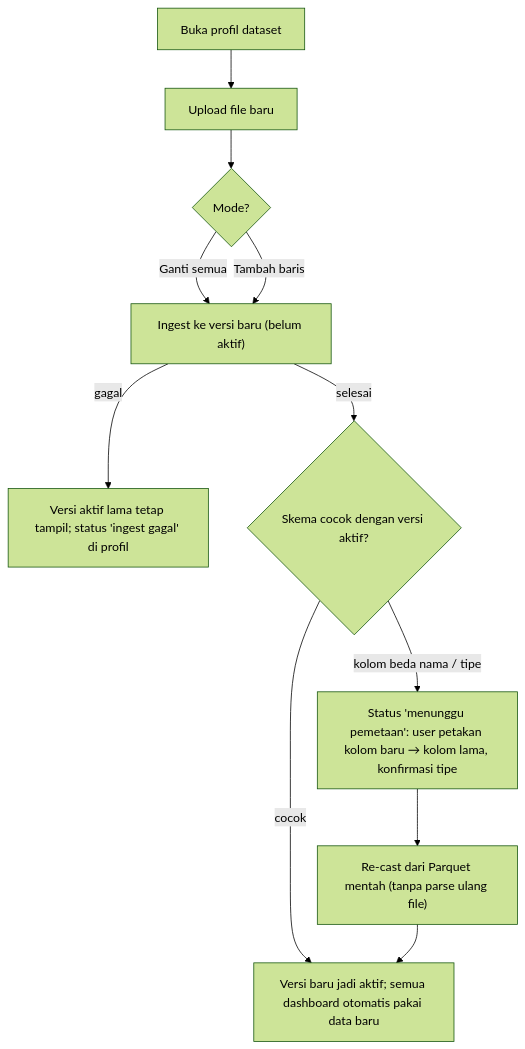
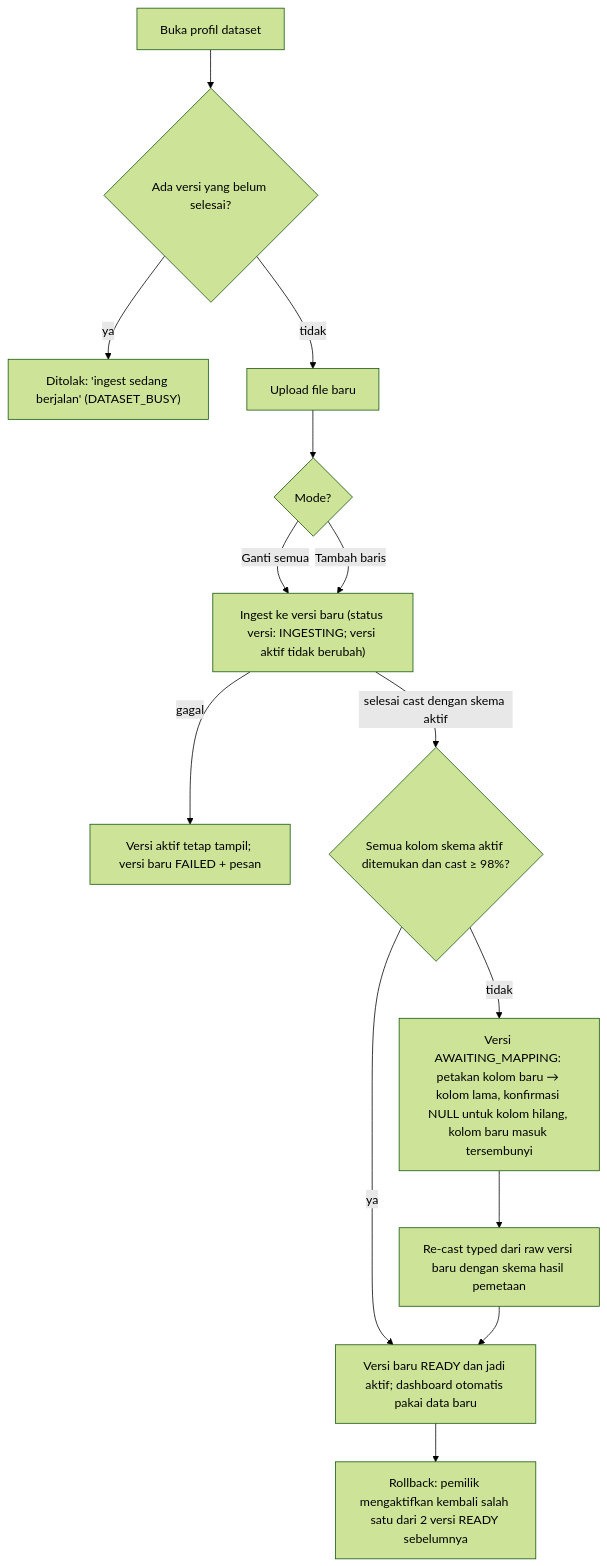
One commit to anas-fikri/data-dashboard changed the fourth of 9 diagrams in docs/flow-kerja.md. Above: the diagram before and after it, drawn with Mermaid (forest theme). The commit also changed other lines of this file and 53 other files, not shown here.

First line of the commit message:
docs: revisi 3 flow kerja + 24 task hasil review adversarial

````diff
--- a/docs/flow-kerja.md
+++ b/docs/flow-kerja.md
@@ -82,13 +84,16 @@
 ```mermaid
 flowchart TD
-  P["Buka profil dataset"] --> U2["Upload file baru"]
+  P["Buka profil dataset"] --> B{"Ada versi yang belum selesai?"}
+  B -->|ya| BUSY["Ditolak: 'ingest sedang berjalan' (DATASET_BUSY)"]
+  B -->|tidak| U2["Upload file baru"]
   U2 --> M{"Mode?"}
-  M -->|Ganti semua| I["Ingest ke versi baru (belum aktif)"]
+  M -->|Ganti semua| I["Ingest ke versi baru (status versi: INGESTING; versi aktif tidak berubah)"]
   M -->|Tambah baris| I
-  I -->|gagal| OLD["Versi aktif lama tetap tampil; status 'ingest gagal' di profil"]
-  I -->|selesai| K{"Skema cocok dengan versi aktif?"}
-  K -->|cocok| AK["Versi baru jadi aktif; semua dashboard otomatis pakai data baru"]
-  K -->|kolom beda nama / tipe| MP["Status 'menunggu pemetaan': user petakan kolom baru → kolom lama, konfirmasi tipe"]
-  MP --> RC["Re-cast dari Parquet mentah (tanpa parse ulang file)"]
+  I -->|gagal| OLD["Versi aktif tetap tampil; versi baru FAILED + pesan"]
+  I -->|selesai cast dengan skema aktif| K{"Semua kolom skema aktif ditemukan dan cast ≥ 98%?"}
+  K -->|ya| AK["Versi baru READY dan jadi aktif; dashboard otomatis pakai data baru"]
+  K -->|tidak| MP["Versi AWAITING_MAPPING: petakan kolom baru → kolom lama, konfirmasi NULL untuk kolom hilang, kolom baru masuk tersembunyi"]
+  MP --> RC["Re-cast typed dari raw versi baru dengan skema hasil pemetaan"]
   RC --> AK
+  AK --> RB["Rollback: pemilik mengaktifkan kembali salah satu dari 2 versi READY sebelumnya"]
 ```
````
